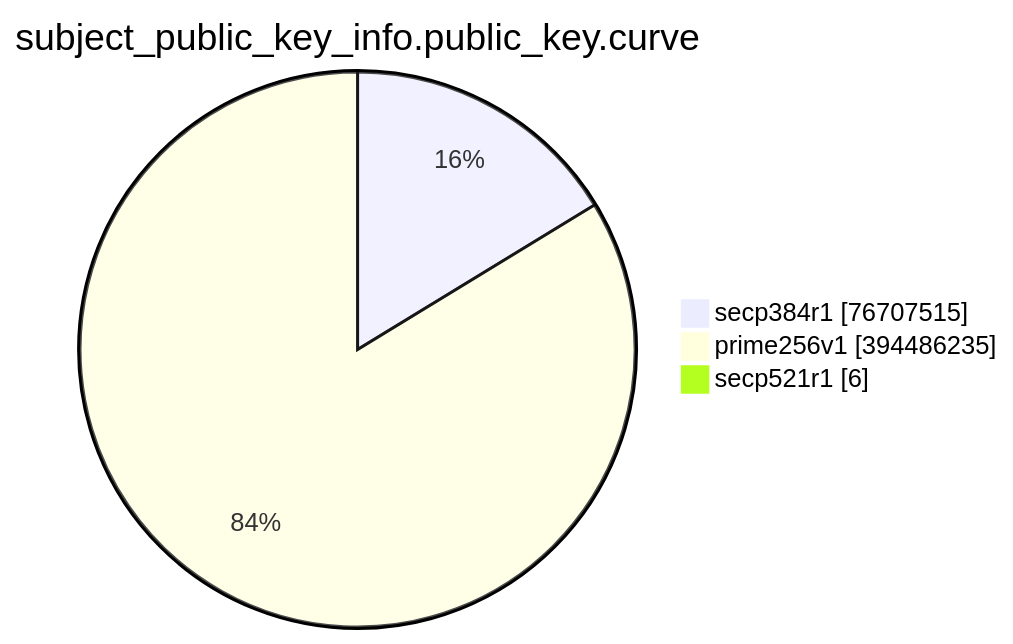
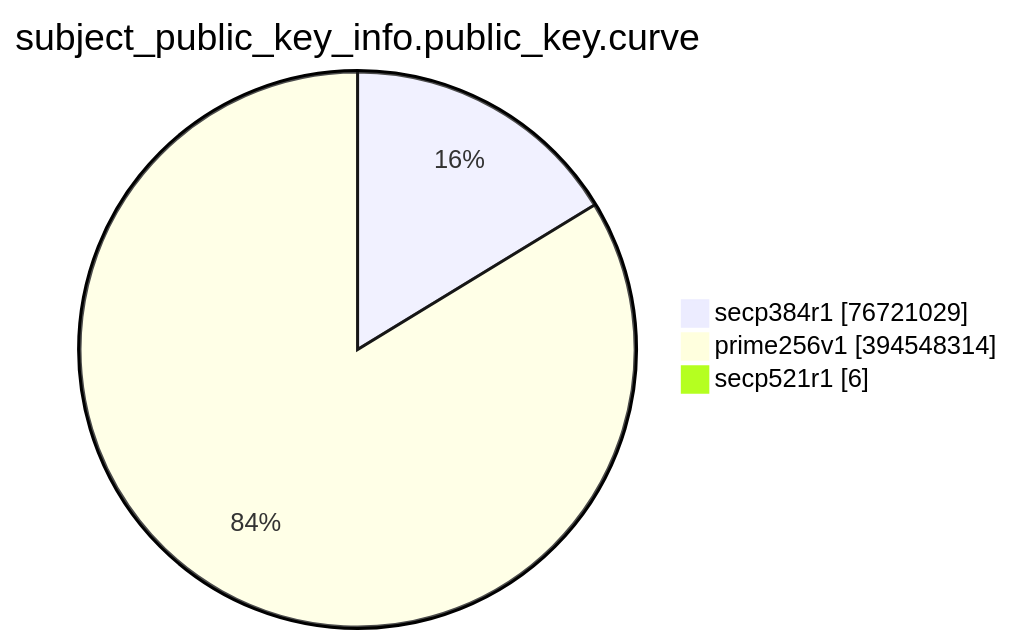
One commit to christiankrug/ctmonitor_visualization changed the eighth of 15 diagrams in TOTAL/README.md. Above: the diagram before and after it, drawn with Mermaid. The commit also changed other lines of this file, not shown here.

````diff
--- a/TOTAL/README.md
+++ b/TOTAL/README.md
@@ -3094,7 +3094,7 @@
 ```mermaid
 pie showData
 title subject_public_key_info.public_key.curve
-"secp384r1" :76707515
-"prime256v1" :394486235
+"secp384r1" :76721029
+"prime256v1" :394548314
 "secp521r1" :6
 ```
````
